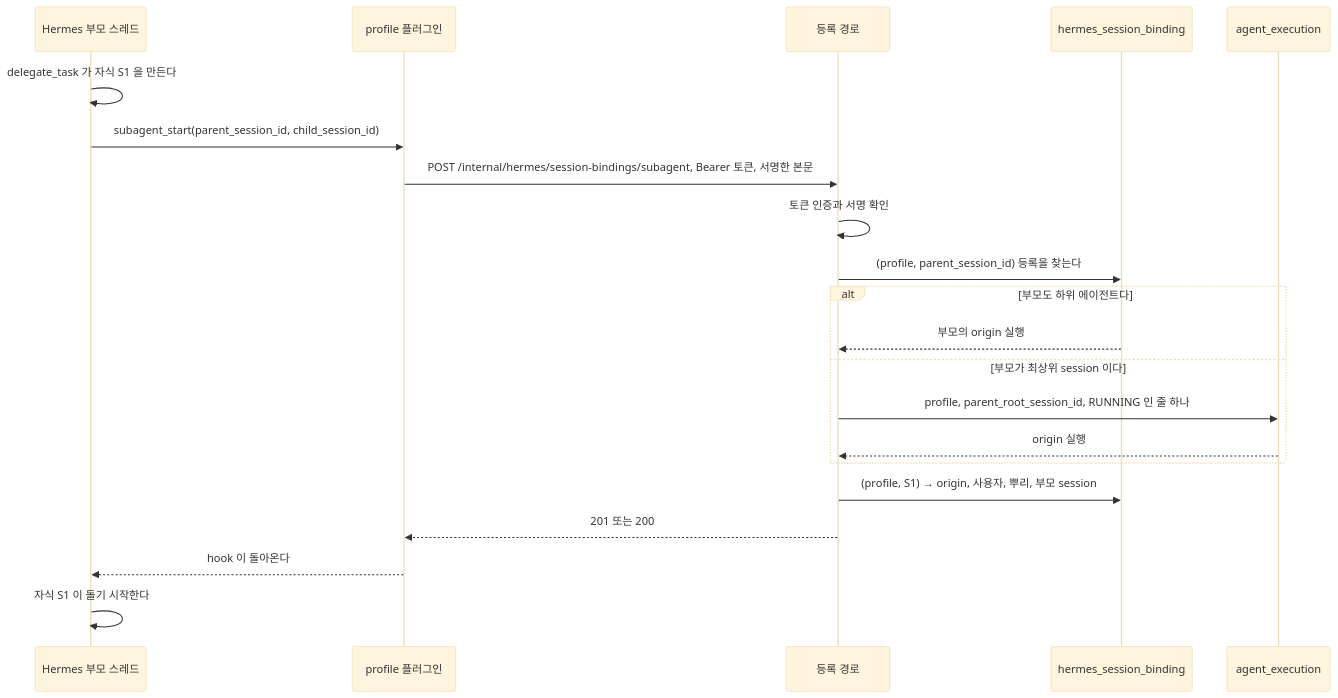
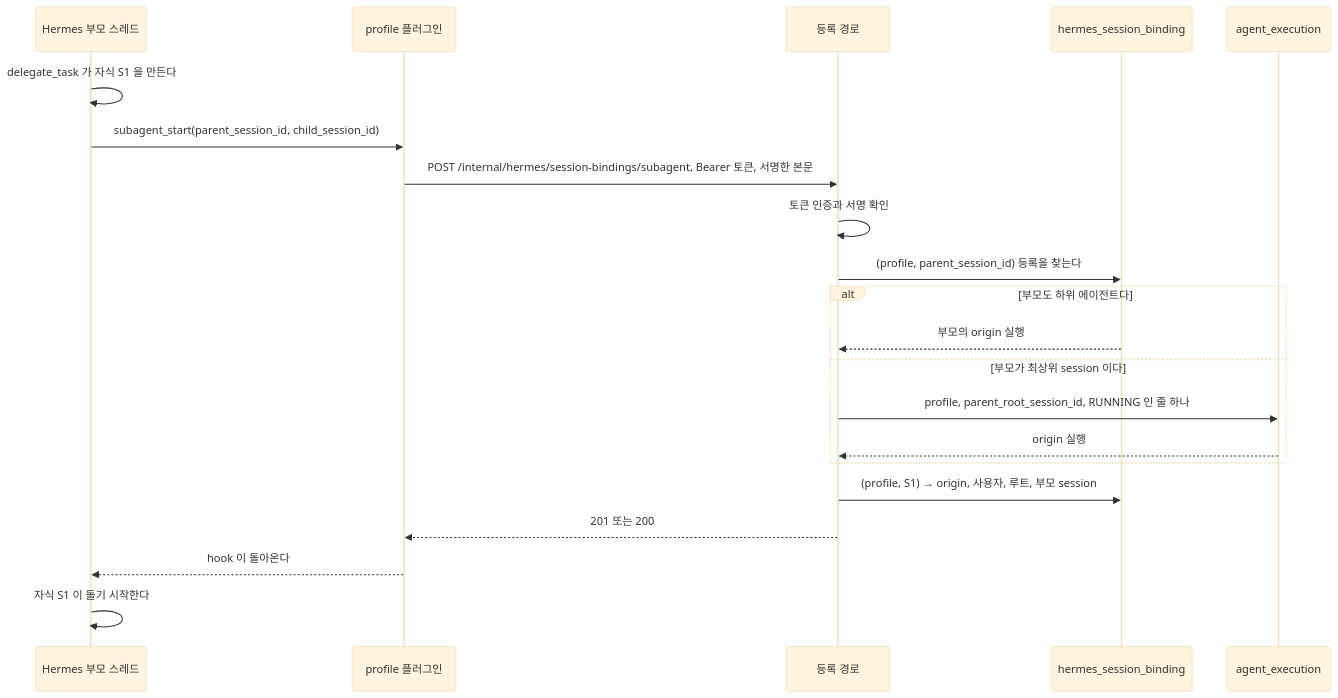
Before and after one commit to jon890/fos-assistant: the second of 2 diagrams in docs/backend/mcp-caller.md, drawn with Mermaid (base theme). The commit also changed other lines of this file and 37 other files, not shown here.

````diff
--- a/docs/backend/mcp-caller.md
+++ b/docs/backend/mcp-caller.md
@@ -127,24 +127,24 @@
 ```mermaid
 sequenceDiagram
     participant H as Hermes 부모 스레드
     participant P as profile 플러그인
     participant C as 등록 경로
     participant B as hermes_session_binding
     participant E as agent_execution
 
     H->>H: delegate_task 가 자식 S1 을 만든다
     H->>P: subagent_start(parent_session_id, child_session_id)
     P->>C: POST /internal/hermes/session-bindings/subagent, Bearer 토큰, 서명한 본문
     C->>C: 토큰 인증과 서명 확인
     C->>B: (profile, parent_session_id) 등록을 찾는다
     alt 부모도 하위 에이전트다
         B-->>C: 부모의 origin 실행
     else 부모가 최상위 session 이다
         C->>E: profile, parent_root_session_id, RUNNING 인 줄 하나
         E-->>C: origin 실행
     end
-    C->>B: (profile, S1) → origin, 사용자, 뿌리, 부모 session
+    C->>B: (profile, S1) → origin, 사용자, 루트, 부모 session
     C-->>P: 201 또는 200
     P-->>H: hook 이 돌아온다
     H->>H: 자식 S1 이 돌기 시작한다
 ```
````
